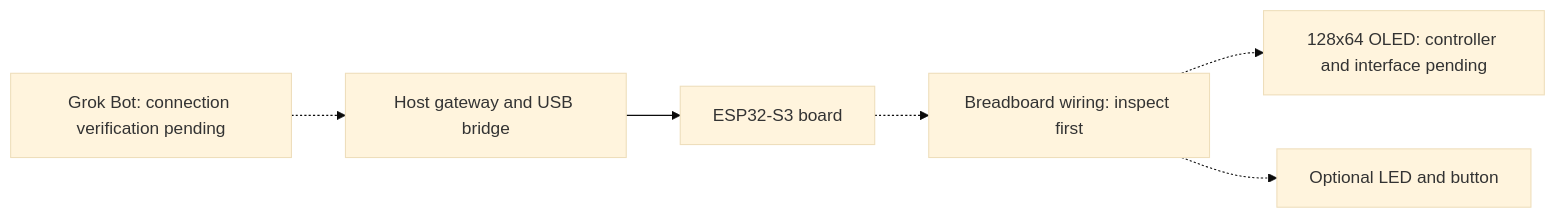
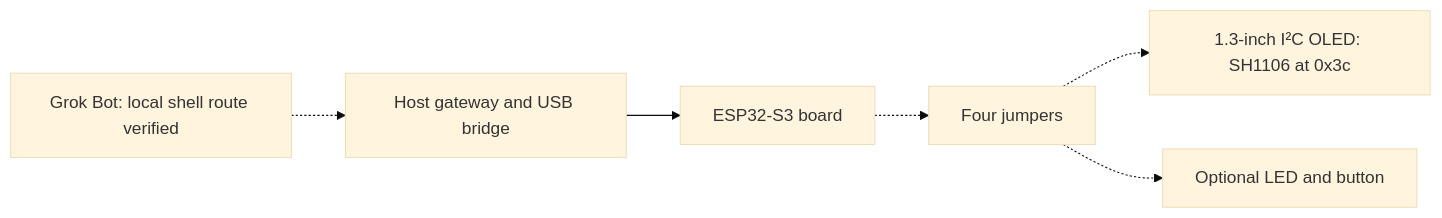
One commit to adidshaft/grok-gadgets changed the first of 2 diagrams in docs/getting-started/experiment-kit.md. Above: the diagram before and after it, drawn with Mermaid (base theme). The commit also changed other lines of this file and 8 other files, not shown here.

````diff
--- a/docs/getting-started/experiment-kit.md
+++ b/docs/getting-started/experiment-kit.md
@@ -30,8 +34,8 @@
 ```mermaid
 flowchart LR
-    G["Grok Bot: connection verification pending"] -.-> H["Host gateway and USB bridge"]
+    G["Grok Bot: local shell route verified"] -.-> H["Host gateway and USB bridge"]
     H --> B["ESP32-S3 board"]
-    B -.-> W["Breadboard wiring: inspect first"]
-    W -.-> O["128x64 OLED: controller and interface pending"]
+    B -.-> W["Four jumpers"]
+    W -.-> O["1.3-inch I²C OLED: SH1106 at 0x3c"]
     W -.-> I["Optional LED and button"]
 ```
````
